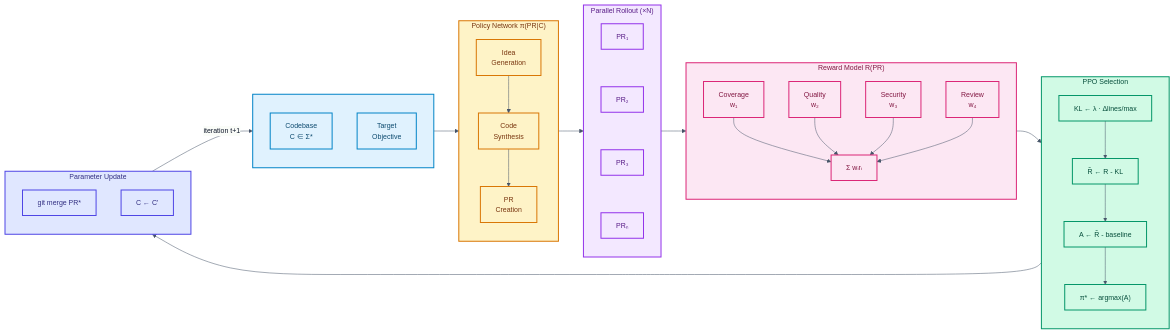
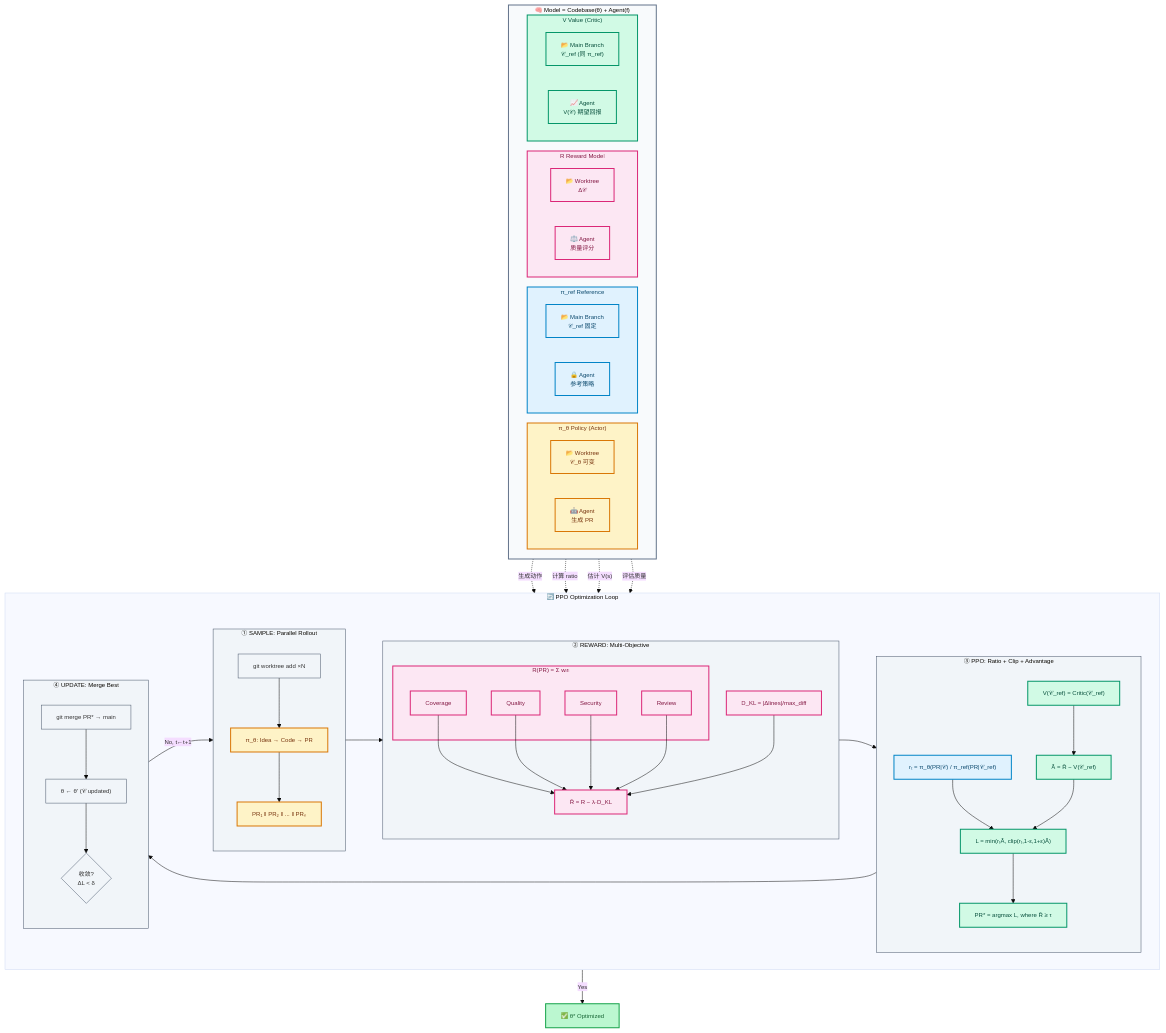
The first of 2 diagrams in README.md (LinXueyuanStdio/viben), drawn with Mermaid before and after one commit. The commit also changed other lines of this file and 43 other files, not shown here.

````diff
--- a/README.md
+++ b/README.md
@@ -28,72 +33,100 @@
 ```mermaid
-%%{init: {'theme': 'base', 'themeVariables': { 'fontSize': '14px', 'fontFamily': 'Georgia', 'primaryColor': '#f8fafc', 'primaryTextColor': '#0f172a', 'primaryBorderColor': '#334155', 'lineColor': '#475569'}}}%%
-flowchart LR
-    subgraph INPUT [" "]
-        direction TB
-        I1["Codebase<br/>C ∈ Σ*"]
-        I2["Target<br/>Objective"]
+%%{init: {'theme': 'base', 'themeVariables': { 'fontSize': '12px', 'fontFamily': 'Georgia'}}}%%
+flowchart TB
+    subgraph MODELS ["🧠 Model = Codebase(θ) + Agent(f)"]
+        direction LR
+
+        subgraph M1 ["π_θ Policy (Actor)"]
+            C1["📂 Worktree<br/>𝒞_θ 可变"]
+            A1["🤖 Agent<br/>生成 PR"]
+        end
+        subgraph M2 ["π_ref Reference"]
+            C2["📂 Main Branch<br/>𝒞_ref 固定"]
+            A2["🔒 Agent<br/>参考策略"]
+        end
+
+        subgraph M3 ["R Reward Model"]
+            C3["📂 Worktree<br/>Δ𝒞"]
+            A3["⚖️ Agent<br/>质量评分"]
+        end
+        subgraph M4 ["V Value (Critic)"]
+            C4["📂 Main Branch<br/>𝒞_ref (同 π_ref)"]
+            A4["📈 Agent<br/>V(𝒞) 期望回报"]
+        end
     end
 
-    subgraph POLICY ["Policy Network π(PR|C)"]
-        direction TB
-        P1["Idea<br/>Generation"]
-        P2["Code<br/>Synthesis"]
-        P3["PR<br/>Creation"]
-        P1 --> P2 --> P3
+    %% NOTE["💡 FileRL 只优化 θ (代码库)，Agent 架构 f 保持固定"]
+    %% FORMULA["🎯 L = 𝔼[min(rₜÂ, clip(rₜ,1-ε,1+ε)Â)] where rₜ = π_θ/π_ref"]
+
+    subgraph LOOP ["🔄 PPO Optimization Loop"]
+        direction LR
+
+        subgraph S1 ["① SAMPLE: Parallel Rollout"]
+            direction TB
+            FORK["git worktree add ×N"]
+            GEN["π_θ: Idea → Code → PR"]
+            PRS["PR₁ ‖ PR₂ ‖ ... ‖ PRₙ"]
+            FORK --> GEN --> PRS
+        end
+
+        subgraph S2 ["② REWARD: Multi-Objective"]
+            direction TB
+            subgraph METRICS ["R(PR) = Σ wᵢrᵢ"]
+                R1["Coverage"]
+                R2["Quality"]
+                R3["Security"]
+                R4["Review"]
+            end
+            KL["D_KL ≈ |Δlines|/max_diff"]
+            ADJ["R̃ = R − λ·D_KL"]
+            R1 & R2 & R3 & R4 --> ADJ
+            KL --> ADJ
+        end
+
+        subgraph S3 ["③ PPO: Ratio + Clip + Advantage"]
+            direction TB
+            RATIO["rₜ = π_θ(PR|𝒞) / π_ref(PR|𝒞_ref)"]
+            VALUE["V(𝒞_ref) = Critic(𝒞_ref)"]
+            ADV["Â = R̃ − V(𝒞_ref)"]
+            CLIP["L = min(rₜÂ, clip(rₜ,1-ε,1+ε)Â)"]
+            SEL["PR* = argmax L, where R̃ ≥ τ"]
+            RATIO --> CLIP
+            VALUE --> ADV --> CLIP --> SEL
+        end
+
+        subgraph S4 ["④ UPDATE: Merge Best"]
+            direction TB
+            MERGE["git merge PR* → main"]
+            UPD["θ ← θ' (𝒞 updated)"]
+            CHK{"收敛?<br/>ΔL < δ"}
+            MERGE --> UPD --> CHK
+        end
+
+        S1 --> S2 --> S3 --> S4
     end
 
-    subgraph PARALLEL ["Parallel Rollout (×N)"]
-        direction TB
-        R1["PR₁"]
-        R2["PR₂"]
-        R3["PR₃"]
-        RN["PRₙ"]
-        R1 ~~~ R2 ~~~ R3 ~~~ RN
-    end
+    C1 -.->|"生成动作"| GEN
+    C2 -.->|"计算 ratio"| RATIO
+    A3 -.->|"评估质量"| METRICS
+    A4 -.->|"估计 V(s)"| VALUE
+    CHK -->|"No, t←t+1"| S1
+    CHK -->|"Yes"| DONE["✅ θ* Optimized"]
 
-    subgraph REWARD ["Reward Model R(PR)"]
-        direction TB
-        W1["Coverage<br/>w₁"]
-        W2["Quality<br/>w₂"]
-        W3["Security<br/>w₃"]
-        W4["Review<br/>w₄"]
-        SUM["Σ wᵢrᵢ"]
-        W1 & W2 & W3 & W4 --> SUM
-    end
+    classDef modelBox fill:#f8fafc,stroke:#64748b,stroke-width:2px
+    classDef policyStyle fill:#fef3c7,stroke:#d97706,stroke-width:2px,color:#78350f
+    classDef refStyle fill:#e0f2fe,stroke:#0284c7,stroke-width:2px,color:#0c4a6e
+    classDef rewardStyle fill:#fce7f3,stroke:#db2777,stroke-width:2px,color:#831843
+    classDef valueStyle fill:#d1fae5,stroke:#059669,stroke-width:2px,color:#064e3b
+    classDef noteStyle fill:#fef9c3,stroke:#ca8a04,stroke-width:1px,color:#713f12
+    classDef loopStyle fill:#f1f5f9,stroke:#475569,stroke-width:1px
+    classDef doneStyle fill:#bbf7d0,stroke:#16a34a,stroke-width:2px,color:#166534
 
-    subgraph PPO ["PPO Selection"]
-        direction TB
-        KL["KL ← λ · Δlines/max"]
-        ADJ["R̃ ← R - KL"]
-        ADV["A ← R̃ - baseline"]
-        SEL["π* ← argmax(A)"]
-        KL --> ADJ --> ADV --> SEL
-    end
-
-    subgraph UPDATE ["Parameter Update"]
-        direction TB
-        U1["git merge PR*"]
-        U2["C ← C'"]
-    end
-
-    INPUT --> POLICY
-    POLICY --> PARALLEL
-    PARALLEL --> REWARD
-    REWARD --> PPO
-    PPO --> UPDATE
-    UPDATE -->|"iteration t+1"| INPUT
-
-    classDef inputStyle fill:#e0f2fe,stroke:#0284c7,stroke-width:2px,color:#0c4a6e
-    classDef policyStyle fill:#fef3c7,stroke:#d97706,stroke-width:2px,color:#78350f
-    classDef parallelStyle fill:#f3e8ff,stroke:#9333ea,stroke-width:2px,color:#581c87
-    classDef rewardStyle fill:#fce7f3,stroke:#db2777,stroke-width:2px,color:#831843
-    classDef ppoStyle fill:#d1fae5,stroke:#059669,stroke-width:2px,color:#064e3b
-    classDef updateStyle fill:#e0e7ff,stroke:#4f46e5,stroke-width:2px,color:#312e81
-
-    class INPUT,I1,I2 inputStyle
-    class POLICY,P1,P2,P3 policyStyle
-    class PARALLEL,R1,R2,R3,RN parallelStyle
-    class REWARD,W1,W2,W3,W4,SUM rewardStyle
-    class PPO,KL,ADJ,ADV,SEL ppoStyle
-    class UPDATE,U1,U2 updateStyle
+    class MODELS,ROW1,ROW2 modelBox
+    class M1,C1,A1,GEN,PRS policyStyle
+    class M2,C2,A2,RATIO refStyle
+    class M3,C3,A3,METRICS,R1,R2,R3,R4,KL,ADJ rewardStyle
+    class M4,C4,A4,VALUE,ADV,CLIP,SEL valueStyle
+    class NOTE,FORMULA noteStyle
+    class S1,S2,S3,S4,FORK,MERGE,UPD,CHK loopStyle
+    class DONE doneStyle
 ```
````
